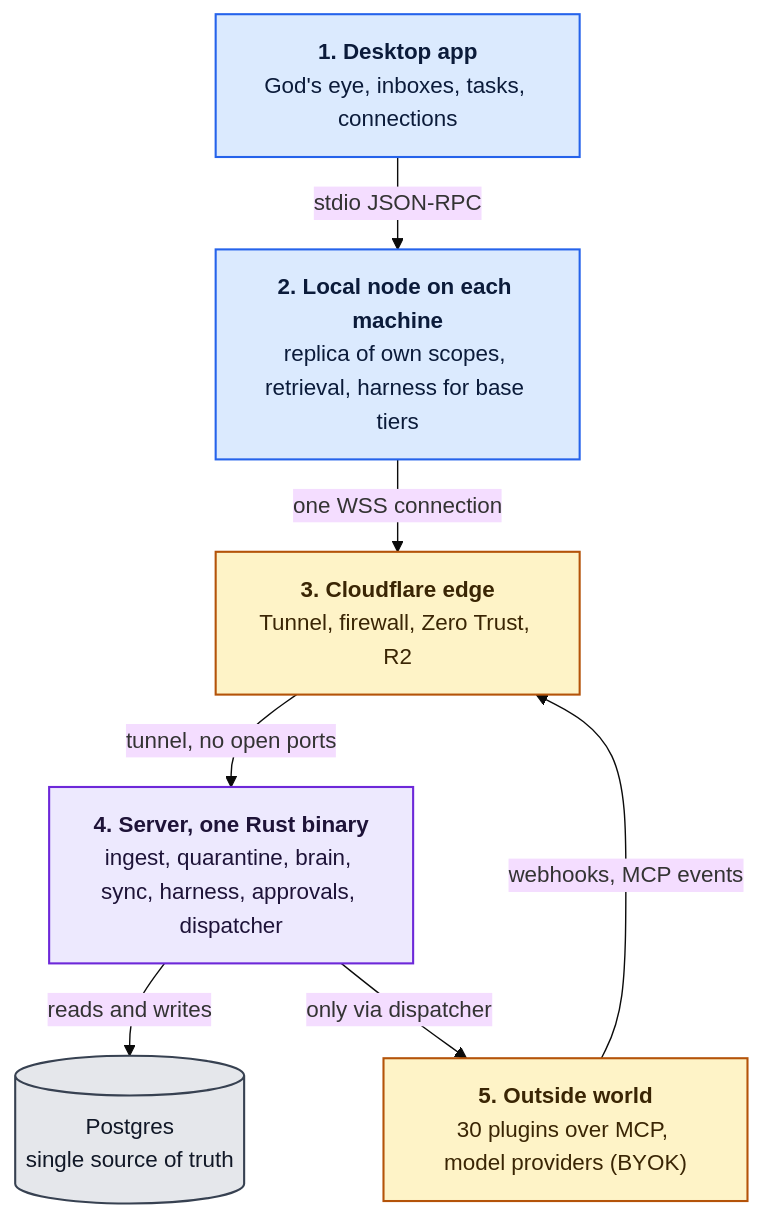
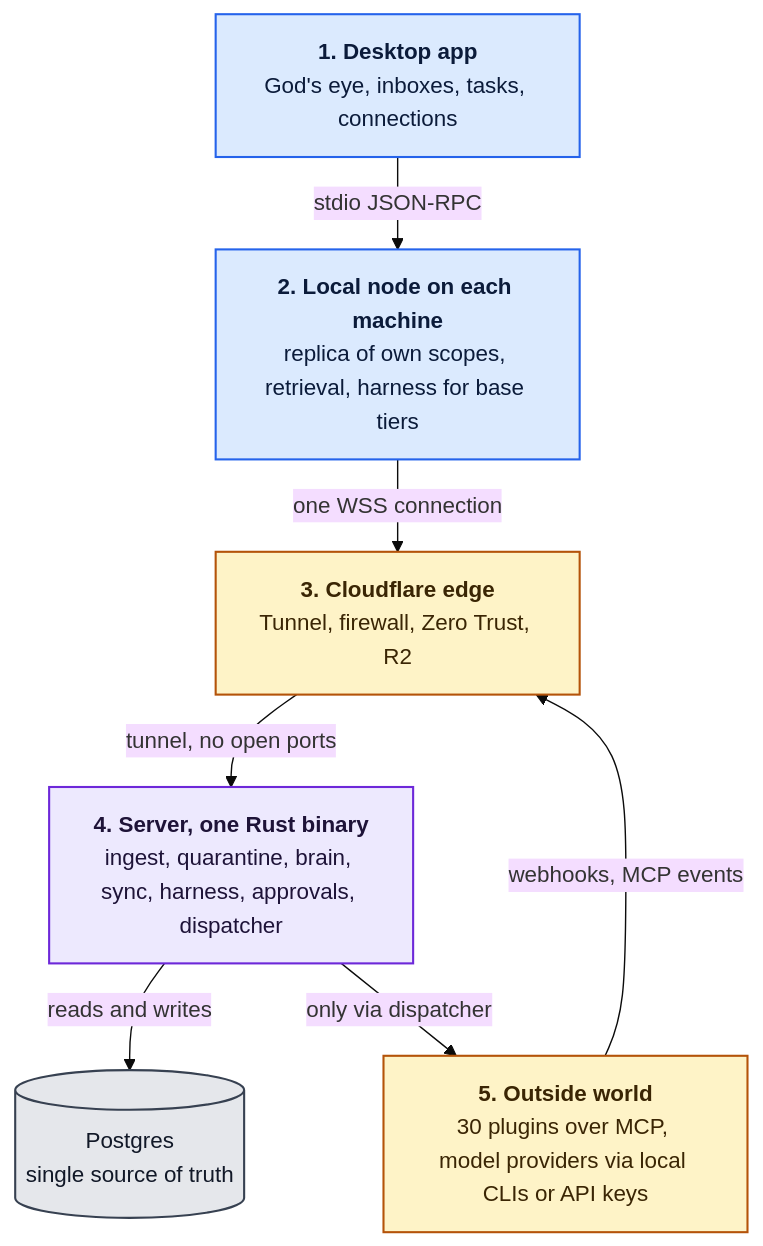
One commit to SiddharthManjul/library changed the second of 30 diagrams in README.md. Above: the diagram before and after it, drawn with Mermaid (base theme). The commit also changed other lines of this file, not shown here.

````diff
--- a/README.md
+++ b/README.md
@@ -203,24 +241,24 @@
 ```mermaid
 %%{init: {"flowchart": {"curve": "basis", "nodeSpacing": 28, "rankSpacing": 42}}}%%
 flowchart TB
   L1["<b>1. Desktop app</b><br/>God's eye, inboxes, tasks, connections"]:::app
   L2["<b>2. Local node on each machine</b><br/>replica of own scopes, retrieval, harness for base tiers"]:::app
   L3["<b>3. Cloudflare edge</b><br/>Tunnel, firewall, Zero Trust, R2"]:::ext
   L4["<b>4. Server, one Rust binary</b><br/>ingest, quarantine, brain, sync, harness, approvals, dispatcher"]:::srv
-  L5["<b>5. Outside world</b><br/>30 plugins over MCP, model providers (BYOK)"]:::ext
+  L5["<b>5. Outside world</b><br/>30 plugins over MCP, model providers via local CLIs or API keys"]:::ext
   DB[("Postgres<br/>single source of truth")]:::store
   L1 -->|stdio JSON-RPC| L2
   L2 -->|one WSS connection| L3
   L3 -->|tunnel, no open ports| L4
   L4 -->|reads and writes| DB
   L4 -->|only via dispatcher| L5
   L5 -->|webhooks, MCP events| L3
   classDef app fill:#dbeafe,stroke:#2563eb,color:#0b1b3a,stroke-width:1.5px
   classDef srv fill:#ede9fe,stroke:#6d28d9,color:#1e1338,stroke-width:1.5px
   classDef brain fill:#dcfce7,stroke:#15803d,color:#0b2a16,stroke-width:1.5px
   classDef store fill:#e5e7eb,stroke:#374151,color:#111827,stroke-width:1.5px
   classDef sec fill:#fee2e2,stroke:#b91c1c,color:#3b0a0a,stroke-width:1.5px
   classDef ext fill:#fef3c7,stroke:#b45309,color:#3a2504,stroke-width:1.5px
   classDef later fill:#f3f4f6,stroke:#6b7280,color:#374151,stroke-dasharray:5 3
   classDef gate fill:#ffffff,stroke:#111827,color:#111827,stroke-width:2px
 ```
````
